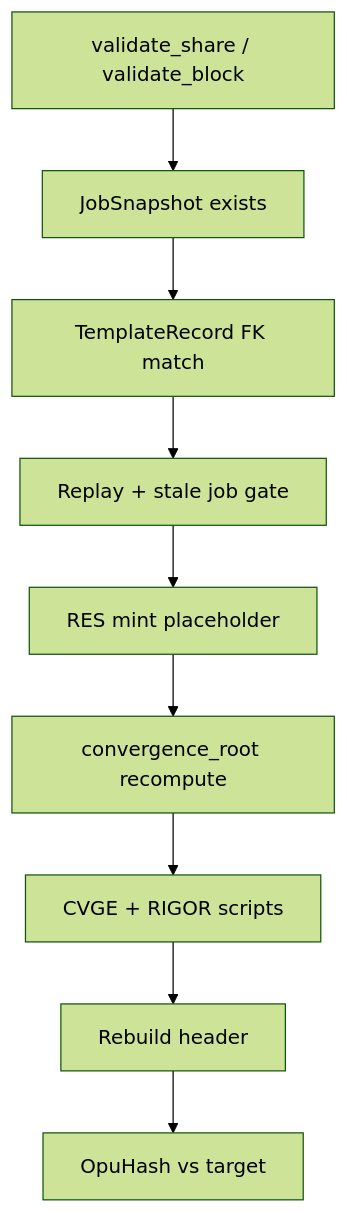
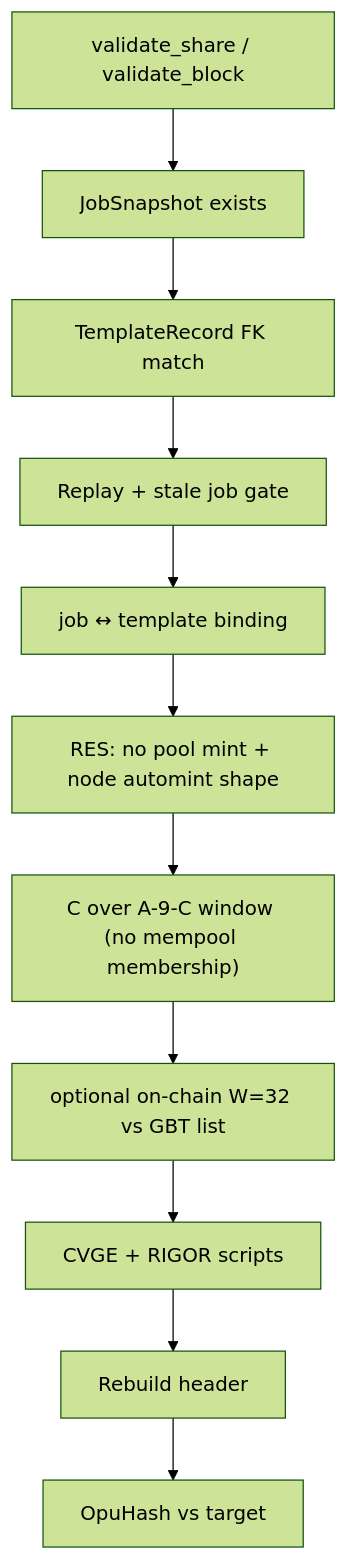
The second of 2 diagrams in pool/share-validator/docs/ARCHITECTURE.md (Alok-mad98/rigorchain), drawn with Mermaid (forest theme) before and after one commit. The commit also changed other lines of this file and 294 other files, not shown here.

````diff
--- a/pool/share-validator/docs/ARCHITECTURE.md
+++ b/pool/share-validator/docs/ARCHITECTURE.md
@@ -18,11 +18,13 @@
 ```mermaid
 flowchart TD
     A["validate_share / validate_block"] --> B["JobSnapshot exists"]
     B --> C["TemplateRecord FK match"]
     C --> D["Replay + stale job gate"]
-    D --> E["RES mint placeholder"]
-    E --> F["convergence_root recompute"]
-    F --> G["CVGE + RIGOR scripts"]
-    G --> H["Rebuild header"]
-    H --> I["OpuHash vs target"]
+    D --> E["job ↔ template binding"]
+    E --> F["RES: no pool mint + node automint shape"]
+    F --> G["C over A-9-C window (no mempool membership)"]
+    G --> H["optional on-chain W=32 vs GBT list"]
+    H --> I["CVGE + RIGOR scripts"]
+    I --> J["Rebuild header"]
+    J --> K["OpuHash vs target"]
 ```
````
